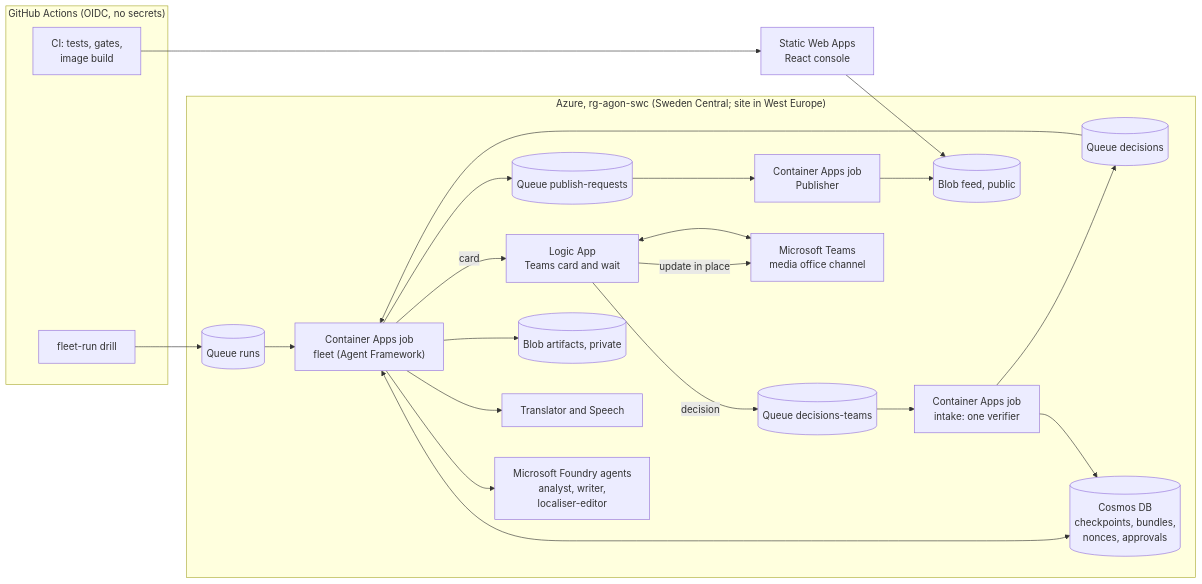
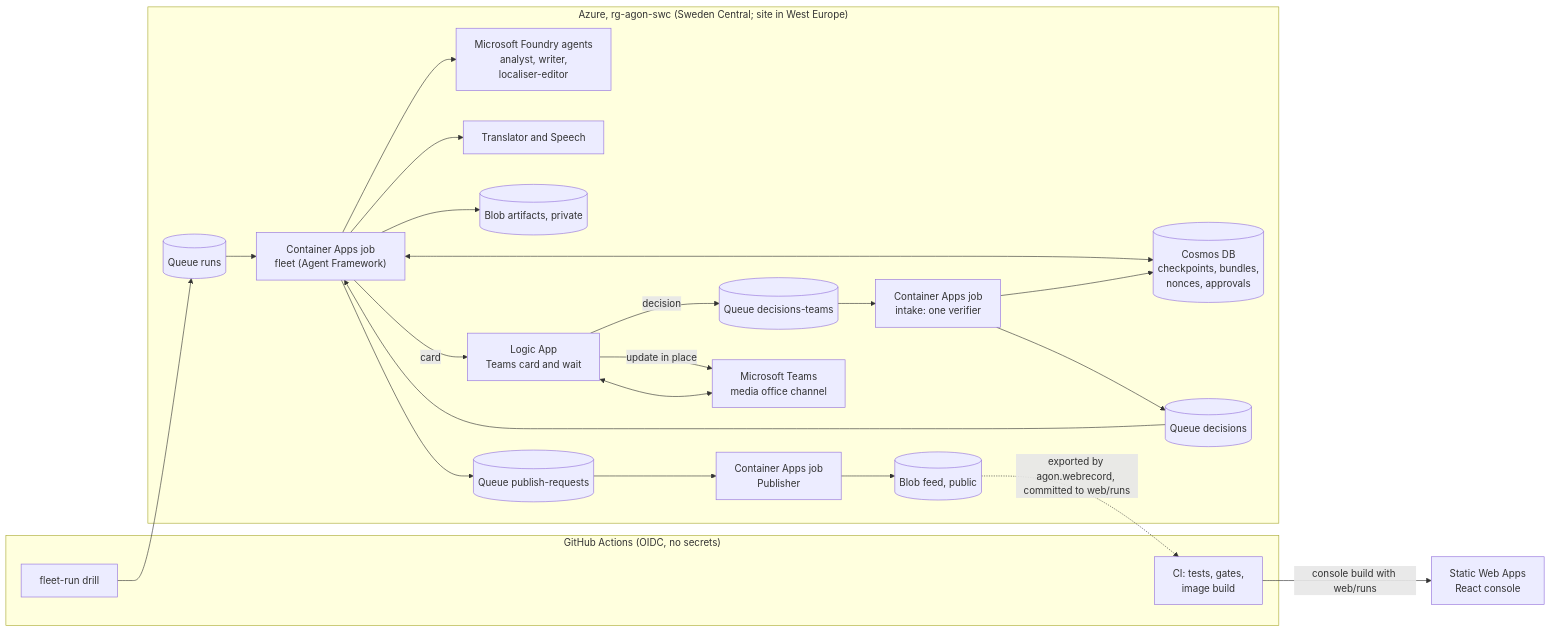
The diagram in README.md (upgradedev/agon-azure), drawn with Mermaid before and after one commit. The commit also changed other lines of this file and 1 other file, not shown here.

First line of the commit message:
docs(readme): the README and dataset card say only what is deployed, and every command runs from a fresh clone (#58)

````diff
--- a/README.md
+++ b/README.md
@@ -57,26 +58,26 @@
 ```mermaid
 flowchart LR
   subgraph GH["GitHub Actions (OIDC, no secrets)"]
     CI["CI: tests, gates,<br/>image build"]
     DRILL["fleet-run drill"]
   end
   subgraph AZ["Azure, rg-agon-swc (Sweden Central; site in West Europe)"]
     RUNS[("Queue runs")] --> FLEET["Container Apps job<br/>fleet (Agent Framework)"]
     FLEET <--> COSMOS[("Cosmos DB<br/>checkpoints, bundles,<br/>nonces, approvals")]
     FLEET --> FOUNDRY["Microsoft Foundry agents<br/>analyst, writer,<br/>localiser-editor"]
     FLEET --> TRS["Translator and Speech"]
     FLEET --> ART[("Blob artifacts, private")]
     FLEET -->|card| LA["Logic App<br/>Teams card and wait"]
     LA -->|decision| DQ[("Queue decisions-teams")]
     DQ --> INTAKE["Container Apps job<br/>intake: one verifier"]
     INTAKE --> COSMOS
     INTAKE --> DEC[("Queue decisions")] --> FLEET
     FLEET --> PQ[("Queue publish-requests")] --> PUB["Container Apps job<br/>Publisher"]
     PUB --> FEED[("Blob feed, public")]
     LA -->|update in place| TEAMS
   end
   LA <--> TEAMS["Microsoft Teams<br/>media office channel"]
-  SWA["Static Web Apps<br/>React console"] --> FEED
+  FEED -.->|"exported by agon.webrecord, committed to web/runs"| CI
+  CI -->|"console build with web/runs"| SWA["Static Web Apps<br/>React console"]
   DRILL --> RUNS
-  CI --> SWA
 ```
````
